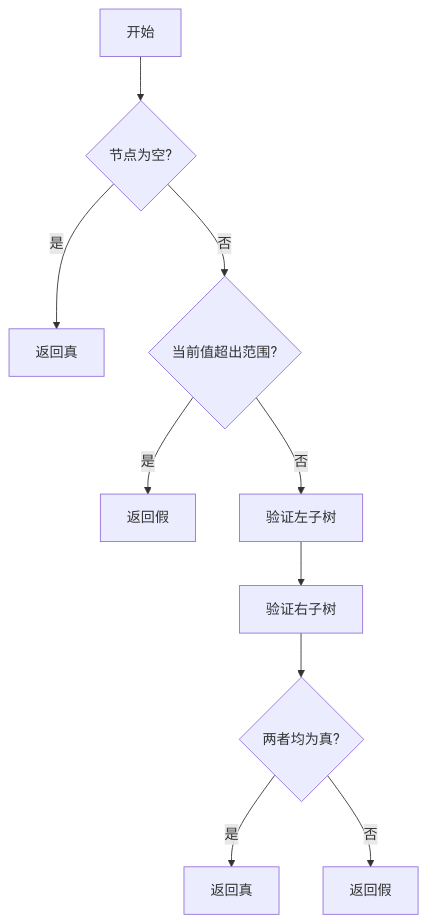
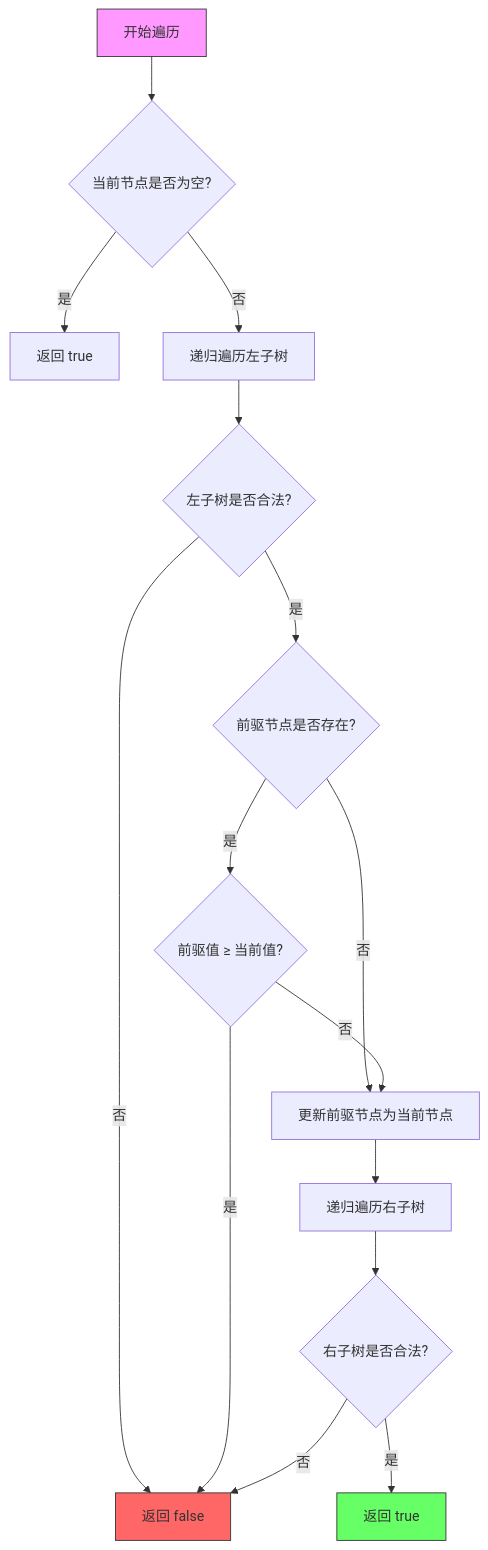
The diagram in interview/labuladong/打卡/19-二叉搜索树/0098.md (UlricYang/octarine-sync), drawn with Mermaid before and after one commit. The commit also changed other lines of this file and 1 other file, not shown here.

````diff
--- a/interview/labuladong/打卡/19-二叉搜索树/0098.md
+++ b/interview/labuladong/打卡/19-二叉搜索树/0098.md
@@ -284,12 +271,20 @@
 ```mermaid
 graph TD
-    A[开始] --> B{节点为空?}
-    B -- 是 --> C[返回真]
-    B -- 否 --> D{当前值超出范围?}
-    D -- 是 --> E[返回假]
-    D -- 否 --> F[验证左子树]
-    F --> G[验证右子树]
-    G --> H{两者均为真?}
-    H -- 是 --> I[返回真]
-    H -- 否 --> J[返回假]
+    A[开始遍历] --> B{当前节点是否为空?}
+    B -- 是 --> C[返回 true]
+    B -- 否 --> D[递归遍历左子树]
+    D --> E{左子树是否合法?}
+    E -- 否 --> F[返回 false]
+    E -- 是 --> G{前驱节点是否存在?}
+    G -- 否 --> H[更新前驱节点为当前节点]
+    G -- 是 --> I{前驱值 ≥ 当前值?}
+    I -- 是 --> F
+    I -- 否 --> H
+    H --> J[递归遍历右子树]
+    J --> K{右子树是否合法?}
+    K -- 否 --> F
+    K -- 是 --> L[返回 true]
+    style A fill:#f9f,stroke:#333
+    style F fill:#f66,stroke:#333
+    style L fill:#6f6,stroke:#333
 ```
````
